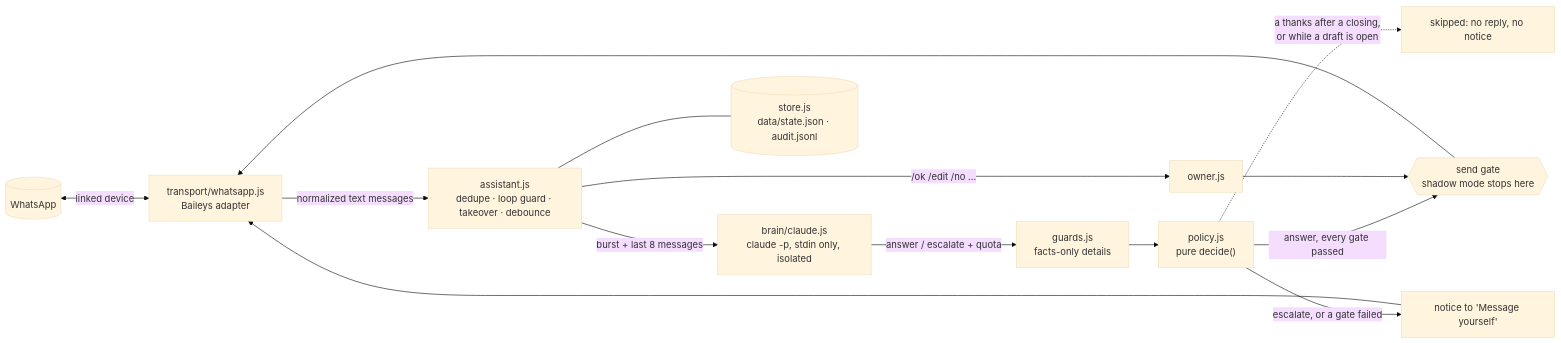
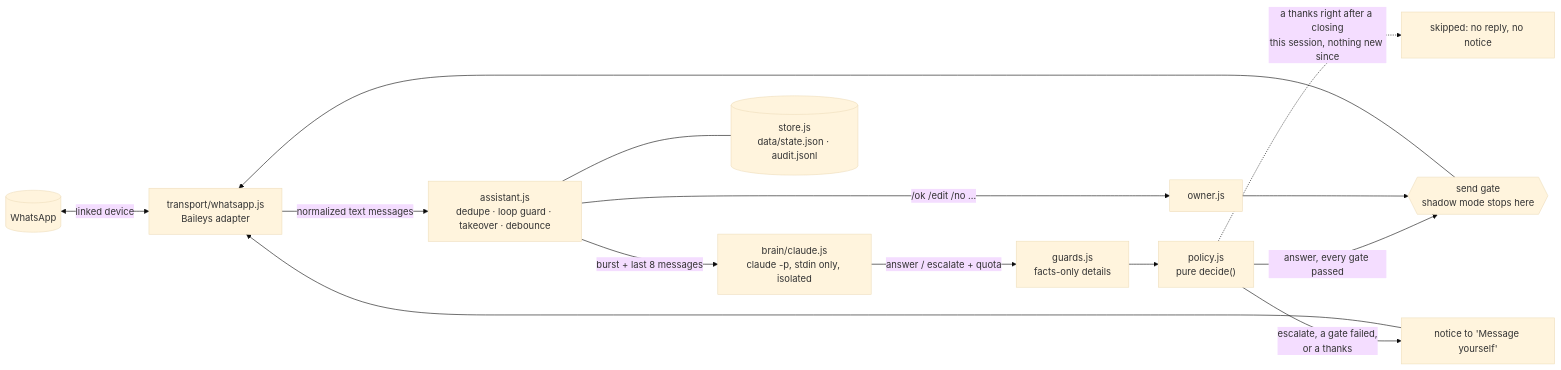
Before and after one commit to dolphinigle/wa-claude-assistant: the diagram in README.md, drawn with Mermaid (base theme). The commit also changed other lines of this file and 16 other files, not shown here.

First line of the commit message:
refactor(policy): never auto-answer a thanks, skip it only after a closing

````diff
--- a/README.md
+++ b/README.md
@@ -41,16 +41,16 @@
 ```mermaid
 flowchart LR
   WA[("WhatsApp")] <-->|linked device| T["transport/whatsapp.js<br/>Baileys adapter"]
   T -->|normalized text messages| A["assistant.js<br/>dedupe · loop guard · takeover · debounce"]
   A -->|"burst + last 8 messages"| B["brain/claude.js<br/>claude -p, stdin only, isolated"]
   B -->|"answer / escalate + quota"| G["guards.js<br/>facts-only details"]
   G --> P["policy.js<br/>pure decide()"]
   P -->|"answer, every gate passed"| S{{"send gate<br/>shadow mode stops here"}}
-  P -->|"escalate, or a gate failed"| N["notice to 'Message yourself'"]
-  P -.->|"a thanks after a closing,<br/>or while a draft is open"| K["skipped: no reply, no notice"]
+  P -->|"escalate, a gate failed,<br/>or a thanks"| N["notice to 'Message yourself'"]
+  P -.->|"a thanks right after a closing<br/>this session, nothing new since"| K["skipped: no reply, no notice"]
   A -->|"/ok /edit /no …"| O["owner.js"]
   O --> S
   S --> T
   N --> T
   A --- ST[("store.js<br/>data/state.json · audit.jsonl")]
 ```
````
